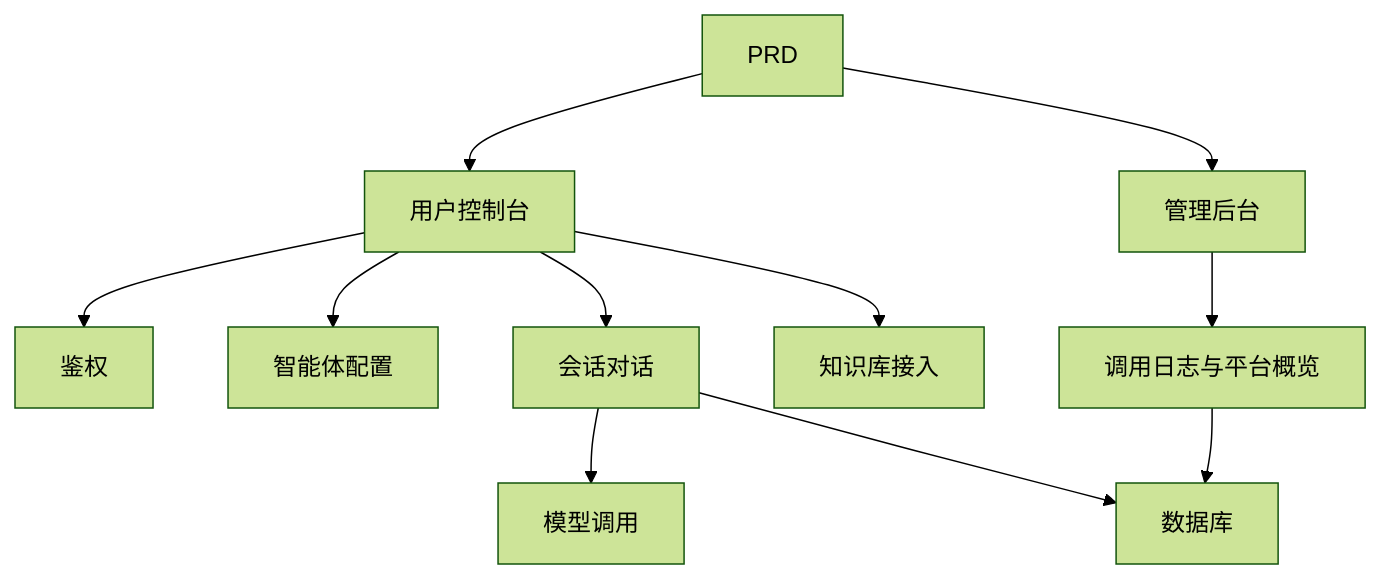
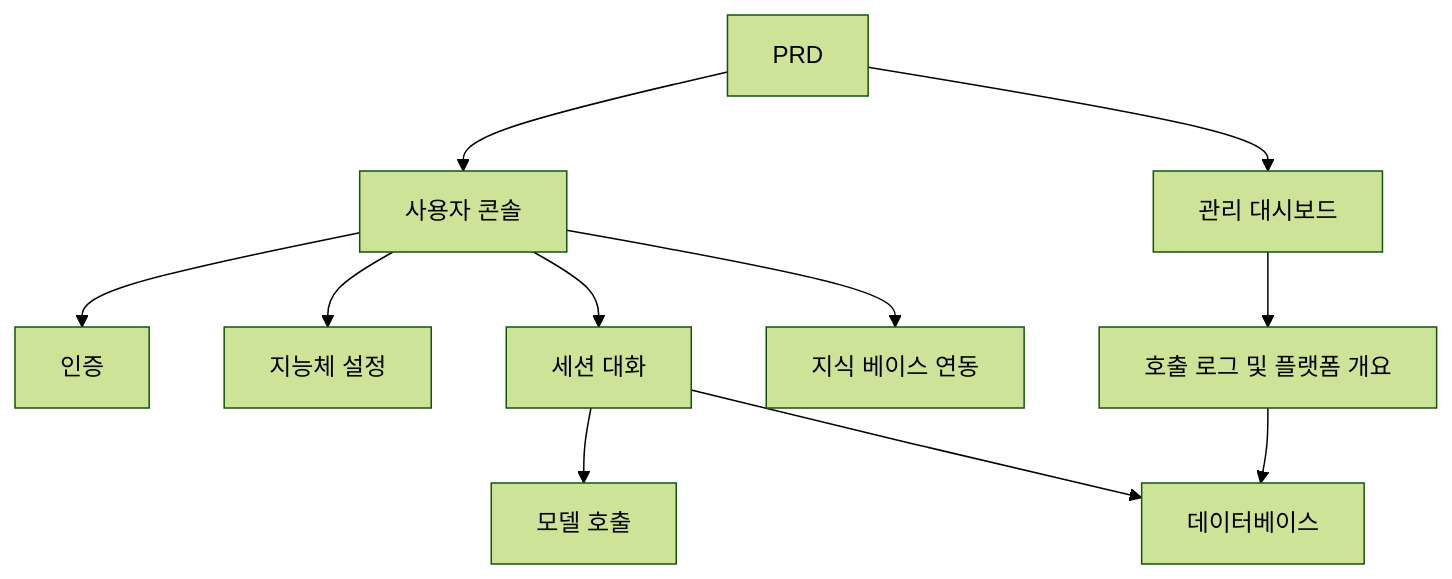
Before and after one commit to sketchymonk/easy-vibe: the diagram in docs/ko-kr/stage-2/assignments/custom-dify-agent-platform/index.md, drawn with Mermaid (forest theme). The commit also changed other lines of this file and 59 other files, not shown here.

````diff
--- a/docs/ko-kr/stage-2/assignments/custom-dify-agent-platform/index.md
+++ b/docs/ko-kr/stage-2/assignments/custom-dify-agent-platform/index.md
@@ -73,13 +73,13 @@
 ```mermaid
 flowchart TD
-  prd["PRD"] --> app["用户控制台"]
-  prd --> admin["管理后台"]
-  app --> auth["鉴权"]
-  app --> agent["智能体配置"]
-  app --> chat["会话对话"]
-  chat --> llm["模型调用"]
-  chat --> db["数据库"]
-  app --> kb["知识库接入"]
-  admin --> logs["调用日志与平台概览"]
+  prd["PRD"] --> app["사용자 콘솔"]
+  prd --> admin["관리 대시보드"]
+  app --> auth["인증"]
+  app --> agent["지능체 설정"]
+  app --> chat["세션 대화"]
+  chat --> llm["모델 호출"]
+  chat --> db["데이터베이스"]
+  app --> kb["지식 베이스 연동"]
+  admin --> logs["호출 로그 및 플랫폼 개요"]
   logs --> db
 ```
````
